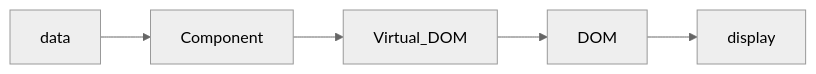
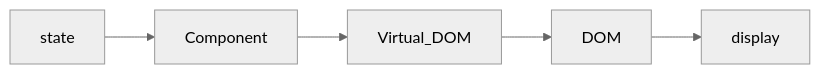
The second of 5 diagrams in README.md (Billy-Spearman-WCCI/RaceCarExtension), drawn with Mermaid (neutral theme) before and after one commit. The commit also changed other lines of this file, not shown here.

Commit message:
TDD diagram

````diff
--- a/README.md
+++ b/README.md
@@ -566,7 +570,7 @@
       ```mermaid
       graph LR;
-      data-->Component
+      state-->Component
       Component-->Virtual_DOM
       Virtual_DOM-->DOM
       DOM-->display
       ``` 
````
